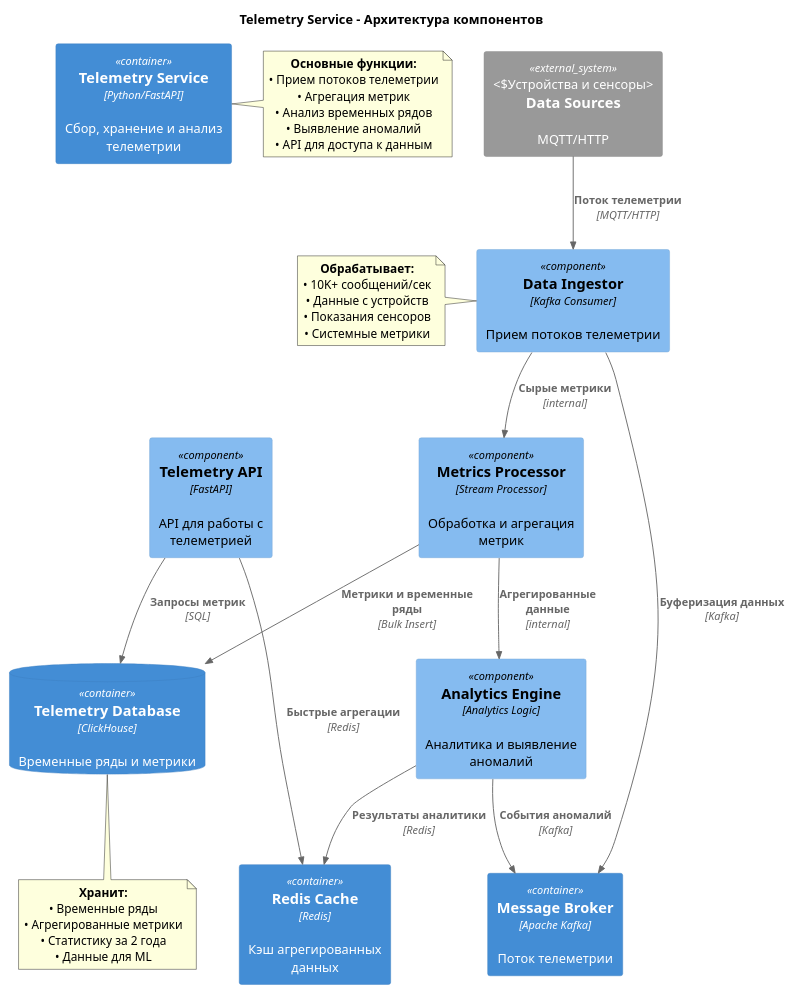
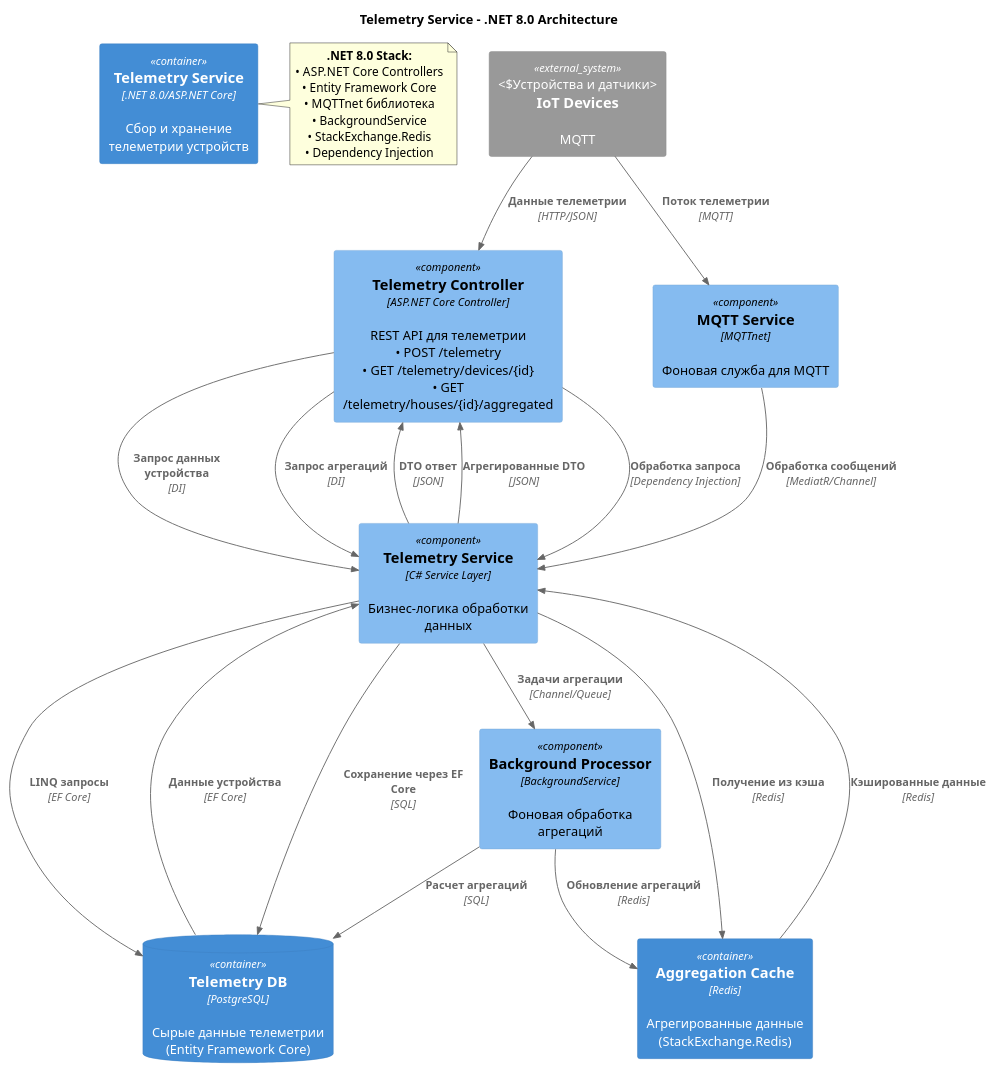
Before and after one commit to andrey5553/yandex-practicum-warmhouse: the diagram in schemas/to-be/telemetry_service_component.puml, drawn with PlantUML. The commit also changed 9 other files, not shown here.

```diff
--- a/schemas/to-be/telemetry_service_component.puml
+++ b/schemas/to-be/telemetry_service_component.puml
@@ -1,68 +1,59 @@
 @startuml
 !include <C4/C4_Component>
 
-title Telemetry Service - Архитектура компонентов
+title Telemetry Service - .NET 8.0 Architecture
 
-Container(telemetry_service, "Telemetry Service", "Python/FastAPI", "Сбор, хранение и анализ телеметрии")
+Container(telemetry_service, "Telemetry Service", ".NET 8.0/ASP.NET Core", "Сбор и хранение телеметрии устройств")
 
 ' === ОСНОВНЫЕ КОМПОНЕНТЫ ===
-Component(telemetry_api, "Telemetry API", "FastAPI", "API для работы с телеметрией")
-Component(data_ingestor, "Data Ingestor", "Kafka Consumer", "Прием потоков телеметрии")
-Component(metrics_processor, "Metrics Processor", "Stream Processor", "Обработка и агрегация метрик")
-Component(analytics_engine, "Analytics Engine", "Analytics Logic", "Аналитика и выявление аномалий")
+Component(api, "Telemetry Controller", "ASP.NET Core Controller", "REST API для телеметрии\n• POST /telemetry\n• GET /telemetry/devices/{id}\n• GET /telemetry/houses/{id}/aggregated")
+Component(telemetry_service_layer, "Telemetry Service", "C# Service Layer", "Бизнес-логика обработки данных")
+Component(mqtt_service, "MQTT Service", "MQTTnet", "Фоновая служба для MQTT")
+Component(background_processor, "Background Processor", "BackgroundService", "Фоновая обработка агрегаций")
 
-' === ХРАНИЛИЩА ДАННЫХ ===
-ContainerDb(telemetry_db, "Telemetry Database", "ClickHouse", "Временные ряды и метрики")
-Container(redis_cache, "Redis Cache", "Redis", "Кэш агрегированных данных")
-Container(message_broker, "Message Broker", "Apache Kafka", "Поток телеметрии")
+' === ХРАНИЛИЩА ===
+ContainerDb(telemetry_db, "Telemetry DB", "PostgreSQL", "Сырые данные телеметрии\n(Entity Framework Core)")
+Container(aggregation_cache, "Aggregation Cache", "Redis", "Агрегированные данные\n(StackExchange.Redis)")
 
 ' === ВНЕШНИЕ СИСТЕМЫ ===
-System_Ext(data_sources, "Data Sources", "MQTT/HTTP", "Устройства и сенсоры")
+System_Ext(devices, "IoT Devices", "MQTT", "Устройства и датчики")
 
-' === ОСНОВНЫЕ ВЗАИМОДЕЙСТВИЯ ===
+' === API ПОТОКИ ДАННЫХ ===
 
-' Прием данных
-Rel(data_sources, data_ingestor, "Поток телеметрии", "MQTT/HTTP")
-Rel(data_ingestor, message_broker, "Буферизация данных", "Kafka")
+' 1. POST /telemetry - отправка телеметрии (HTTP)
+Rel(devices, api, "Данные телеметрии", "HTTP/JSON")
+Rel(api, telemetry_service_layer, "Обработка запроса", "Dependency Injection")
+Rel(telemetry_service_layer, telemetry_db, "Сохранение через EF Core", "SQL")
 
-' Обработка данных
-Rel(data_ingestor, metrics_processor, "Сырые метрики", "internal")
-Rel(metrics_processor, analytics_engine, "Агрегированные данные", "internal")
+' 2. MQTT прием данных
+Rel(devices, mqtt_service, "Поток телеметрии", "MQTT")
+Rel(mqtt_service, telemetry_service_layer, "Обработка сообщений", "MediatR/Channel")
+Rel(telemetry_service_layer, background_processor, "Задачи агрегации", "Channel/Queue")
 
-' Хранение данных
-Rel(metrics_processor, telemetry_db, "Метрики и временные ряды", "Bulk Insert")
-Rel(analytics_engine, redis_cache, "Результаты аналитики", "Redis")
+' 3. GET /telemetry/devices/{id} - получение телеметрии устройства
+Rel(api, telemetry_service_layer, "Запрос данных устройства", "DI")
+Rel(telemetry_service_layer, telemetry_db, "LINQ запросы", "EF Core")
+Rel(telemetry_db, telemetry_service_layer, "Данные устройства", "EF Core")
+Rel(telemetry_service_layer, api, "DTO ответ", "JSON")
 
-' API доступ
-Rel(telemetry_api, telemetry_db, "Запросы метрик", "SQL")
-Rel(telemetry_api, redis_cache, "Быстрые агрегации", "Redis")
+' 4. GET /telemetry/houses/{id}/aggregated - агрегированные данные
+Rel(api, telemetry_service_layer, "Запрос агрегаций", "DI")
+Rel(telemetry_service_layer, aggregation_cache, "Получение из кэша", "Redis")
+Rel(aggregation_cache, telemetry_service_layer, "Кэшированные данные", "Redis")
+Rel(background_processor, aggregation_cache, "Обновление агрегаций", "Redis")
+Rel(telemetry_service_layer, api, "Агрегированные DTO", "JSON")
 
-' Обратная связь
-Rel(analytics_engine, message_broker, "События аномалий", "Kafka")
+' Фоновая обработка
+Rel(background_processor, telemetry_db, "Расчет агрегаций", "SQL")
 
 note right of telemetry_service
-  <b>Основные функции:</b>
-  • Прием потоков телеметрии
-  • Агрегация метрик
-  • Анализ временных рядов
-  • Выявление аномалий
-  • API для доступа к данным
-end note
-
-note left of data_ingestor
-  <b>Обрабатывает:</b>
-  • 10K+ сообщений/сек
-  • Данные с устройств
-  • Показания сенсоров
-  • Системные метрики
-end note
-
-note bottom of telemetry_db
-  <b>Хранит:</b>
-  • Временные ряды
-  • Агрегированные метрики
-  • Статистику за 2 года
-  • Данные для ML
+  <b>.NET 8.0 Stack:</b>
+  • ASP.NET Core Controllers
+  • Entity Framework Core
+  • MQTTnet библиотека
+  • BackgroundService
+  • StackExchange.Redis
+  • Dependency Injection
 end note
 
 @enduml
```
